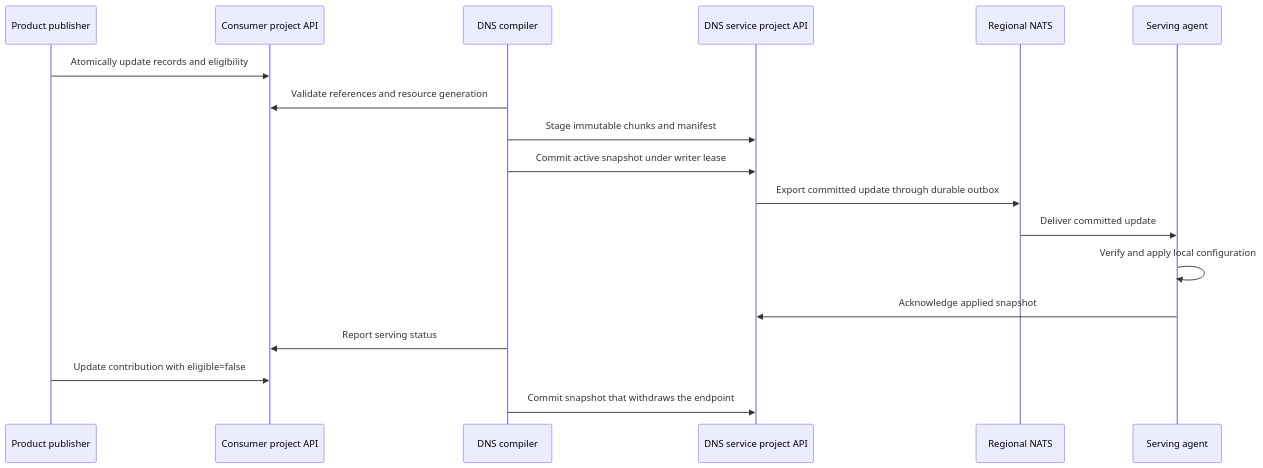
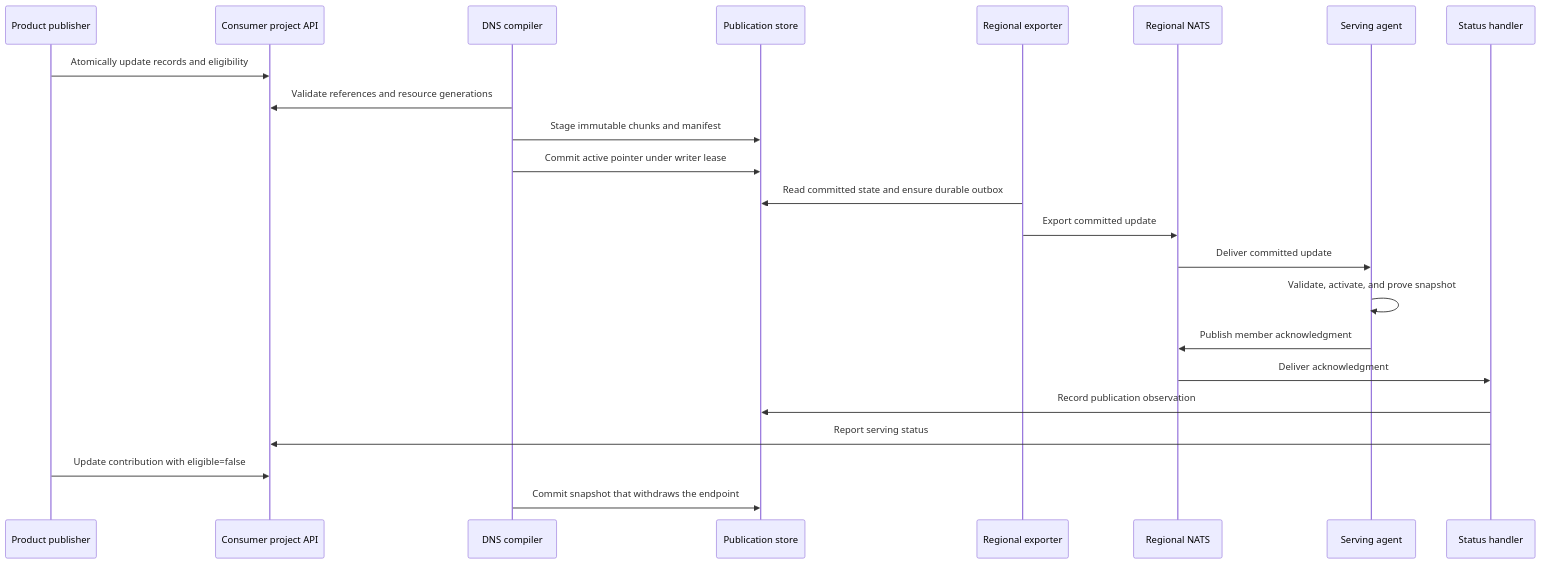
One commit to datum-cloud/dns-operator changed the fifth of 5 diagrams in docs/architecture/internal-dns/README.md. Above: the diagram before and after it, drawn with Mermaid. The commit also changed other lines of this file and 4 other files, not shown here.

Commit message:
docs: Explain Private DNS resolution and record updates

````diff
--- a/docs/architecture/internal-dns/README.md
+++ b/docs/architecture/internal-dns/README.md
@@ -253,20 +322,27 @@
 ```mermaid
 sequenceDiagram
+  accTitle: Private DNS publication and serving acknowledgment
+  accDescr: A product updates project records. The compiler validates inputs and commits a snapshot under its writer lease. The exporter sends the snapshot through regional NATS. A serving agent validates, activates, and proves the snapshot, then returns an acknowledgment through NATS. Controllers record the observation and update project status.
   participant Product as Product publisher
   participant Project as Consumer project API
   participant DNS as DNS compiler
-  participant Store as DNS service project API
+  participant Store as Publication store
+  participant Export as Regional exporter
   participant Transport as Regional NATS
   participant Agent as Serving agent
+  participant Status as Status handler
   Product->>Project: Atomically update records and eligibility
-  DNS->>Project: Validate references and resource generation
+  DNS->>Project: Validate references and resource generations
   DNS->>Store: Stage immutable chunks and manifest
-  DNS->>Store: Commit active snapshot under writer lease
-  Store->>Transport: Export committed update through durable outbox
+  DNS->>Store: Commit active pointer under writer lease
+  Export->>Store: Read committed state and ensure durable outbox
+  Export->>Transport: Export committed update
   Transport->>Agent: Deliver committed update
-  Agent->>Agent: Verify and apply local configuration
-  Agent->>Store: Acknowledge applied snapshot
-  DNS->>Project: Report serving status
+  Agent->>Agent: Validate, activate, and prove snapshot
+  Agent->>Transport: Publish member acknowledgment
+  Transport->>Status: Deliver acknowledgment
+  Status->>Store: Record publication observation
+  Status->>Project: Report serving status
   Product->>Project: Update contribution with eligible=false
   DNS->>Store: Commit snapshot that withdraws the endpoint
 ```
````
